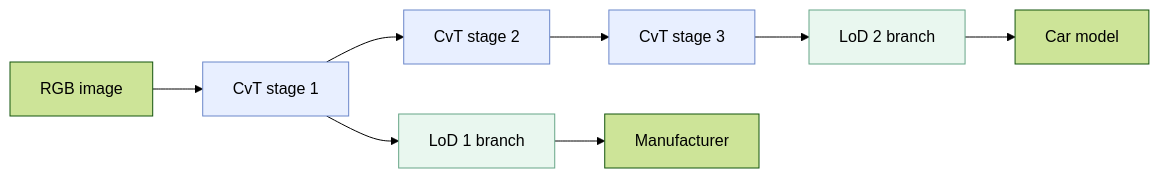
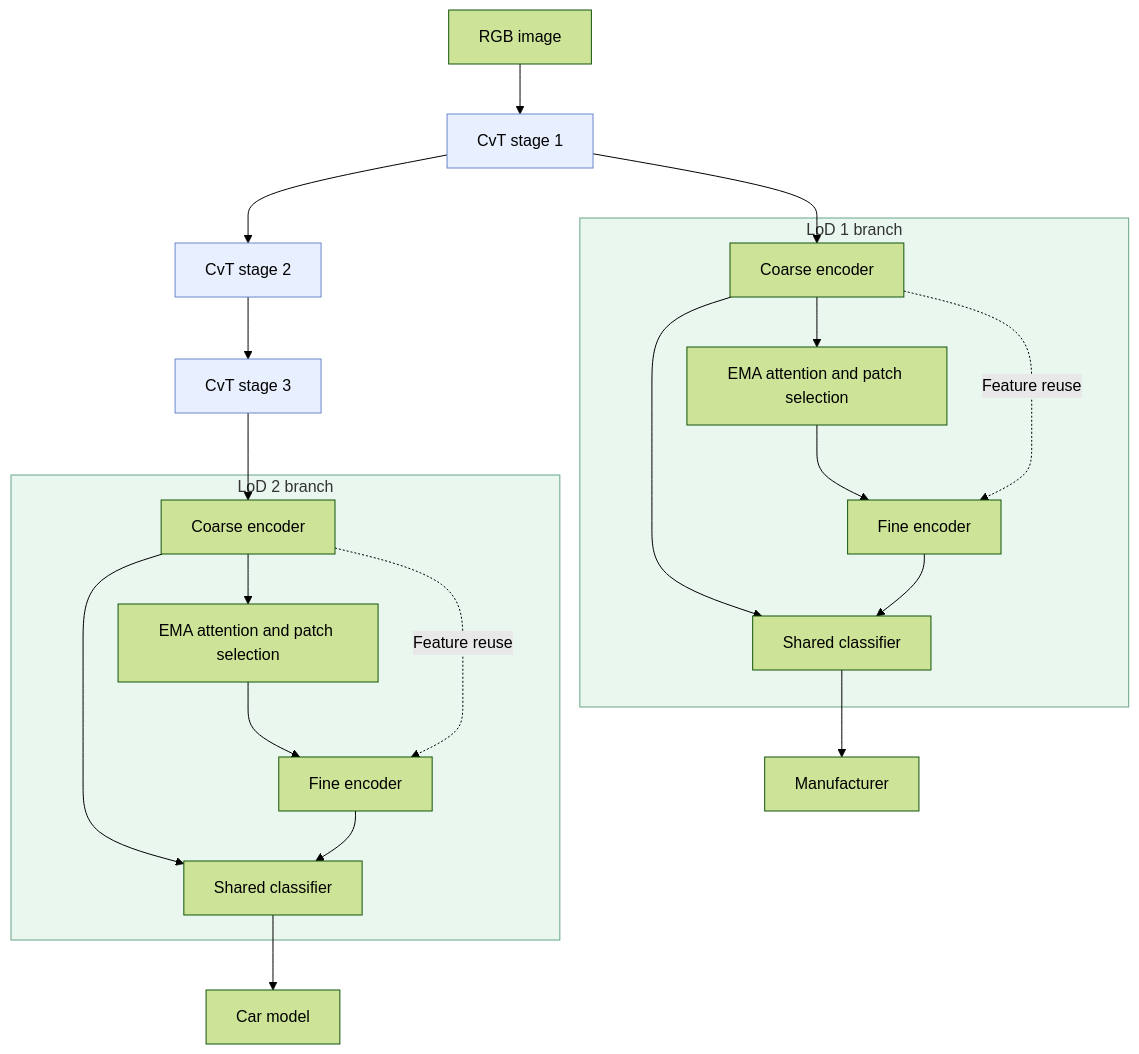
One commit to minseoyang/lcvt changed the diagram in README.md. Above: the diagram before and after it, drawn with Mermaid (forest theme). The commit also changed other lines of this file, not shown here.

````diff
--- a/README.md
+++ b/README.md
@@ -28,15 +32,29 @@
 ```mermaid
-flowchart LR
+flowchart TB
     I[RGB image] --> S1[CvT stage 1]
-    S1 --> B1[LoD 1 branch]
     S1 --> S2[CvT stage 2]
     S2 --> S3[CvT stage 3]
-    S3 --> B2[LoD 2 branch]
-    B1 --> O1[Manufacturer]
-    B2 --> O2[Car model]
+    S1 --> C1
+    S3 --> C2
+    subgraph B1[LoD 1 branch]
+      C1[Coarse encoder] --> A1[EMA attention and patch selection]
+      A1 --> F1[Fine encoder]
+      C1 -. Feature reuse .-> F1
+      C1 --> H1[Shared classifier]
+      F1 --> H1
+    end
+    subgraph B2[LoD 2 branch]
+      C2[Coarse encoder] --> A2[EMA attention and patch selection]
+      A2 --> F2[Fine encoder]
+      C2 -. Feature reuse .-> F2
+      C2 --> H2[Shared classifier]
+      F2 --> H2
+    end
+    H1 --> O1[Manufacturer]
+    H2 --> O2[Car model]
     style S1 fill:#e8efff,stroke:#6b87ca
     style S2 fill:#e8efff,stroke:#6b87ca
     style S3 fill:#e8efff,stroke:#6b87ca
     style B1 fill:#e9f7ef,stroke:#67a587
     style B2 fill:#e9f7ef,stroke:#67a587
 ```
````
